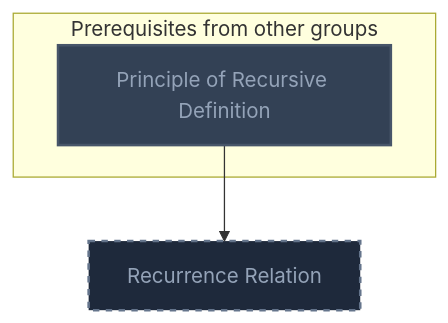
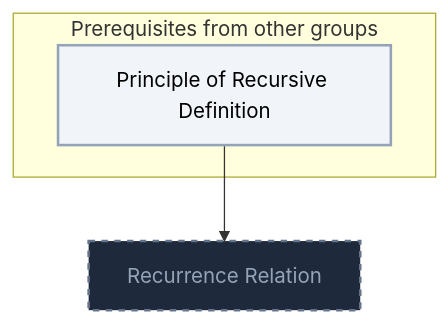
The fourth of 10 diagrams in Gamification/Skill Trees/Theoretical Computer Science.md (MRauf1/My-Notes), drawn with Mermaid before and after one commit. The commit also changed other lines of this file and 145 other files, not shown here.

````diff
--- a/Gamification/Skill Trees/Theoretical Computer Science.md
+++ b/Gamification/Skill Trees/Theoretical Computer Science.md
@@ -181,20 +182,20 @@
 ```mermaid
 flowchart TD
     classDef planned fill:#1E293B,stroke:#64748B,stroke-width:2px,stroke-dasharray:5 5,color:#94A3B8;
     classDef locked fill:#334155,stroke:#475569,stroke-width:2px,color:#94A3B8;
     classDef L0 fill:#F1F5F9,stroke:#94A3B8,stroke-width:2px,color:#000000;
     classDef L1 fill:#22C55E,stroke:#15803D,stroke-width:2px,color:#000000;
     classDef L2 fill:#3B82F6,stroke:#1D4ED8,stroke-width:3px,color:#FFFFFF;
     classDef L3 fill:#A855F7,stroke:#6B21A8,stroke-width:3px,color:#FFFFFF,font-weight:bold;
     classDef L4 fill:#F97316,stroke:#C2410C,stroke-width:4px,color:#000000,font-weight:bold;
     classDef L5 fill:#FFD700,stroke:#FF8C00,stroke-width:5px,color:#000000,font-weight:bold;
     classDef rusty stroke:#8B4513,stroke-width:4px,stroke-dasharray:3 3;
     subgraph sg_prereqs["Prerequisites from other groups"]
         n_principle_of_recursive_definition["Principle of Recursive Definition"]
     end
     n_recurrence_relation["Recurrence Relation"]
     n_principle_of_recursive_definition --> n_recurrence_relation
     class n_recurrence_relation planned;
-    class n_principle_of_recursive_definition locked;
+    class n_principle_of_recursive_definition L0;
     class n_principle_of_recursive_definition internal-link;
 ```
````
